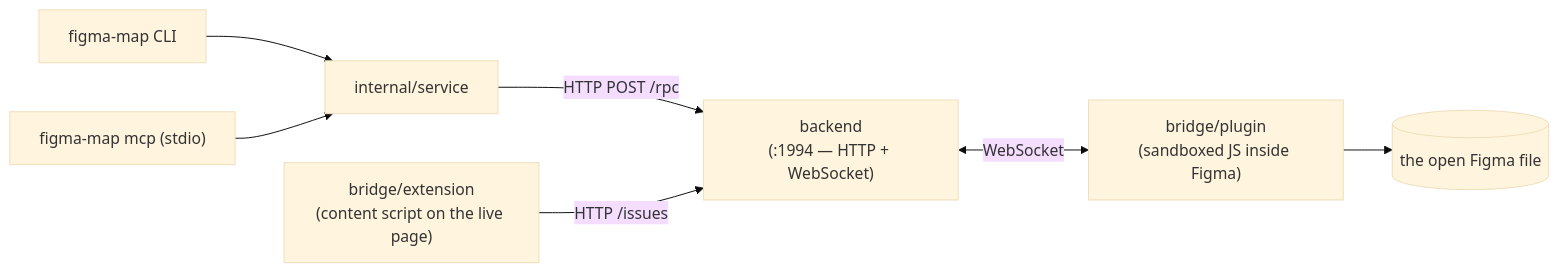
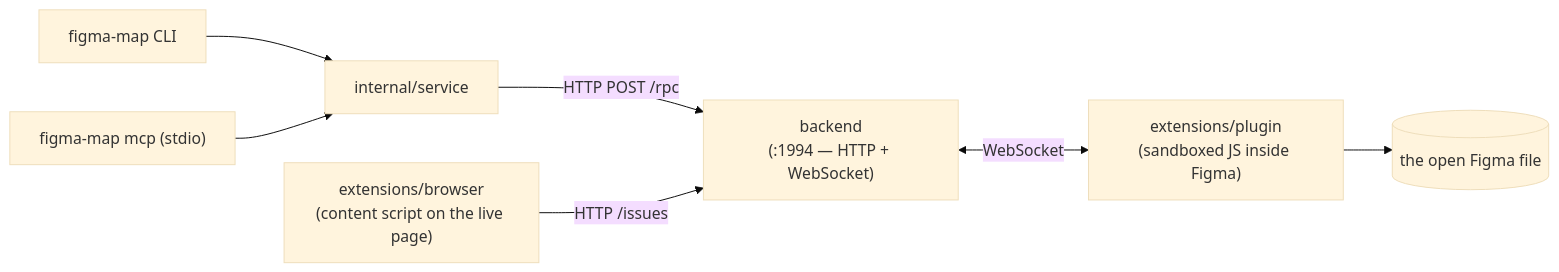
Before and after one commit to KirillBaranov/figma-map: the first of 3 diagrams in README.md, drawn with Mermaid (base theme). The commit also changed other lines of this file and 3 other files, not shown here.

First line of the commit message:
chore: update bridge/ path references to extensions/

````diff
--- a/README.md
+++ b/README.md
@@ -298,9 +298,9 @@
 ```mermaid
 flowchart LR
     CLI["figma-map CLI"] --> SVC
     MCP["figma-map mcp (stdio)"] --> SVC
     SVC["internal/service"] -->|HTTP POST /rpc| Backend
     Backend["backend\n(:1994 — HTTP + WebSocket)"] <-->|WebSocket| Plugin
-    Plugin["bridge/plugin\n(sandboxed JS inside Figma)"] --> Doc[("the open Figma file")]
-    Ext["bridge/extension\n(content script on the live page)"] -->|HTTP /issues| Backend
+    Plugin["extensions/plugin\n(sandboxed JS inside Figma)"] --> Doc[("the open Figma file")]
+    Ext["extensions/browser\n(content script on the live page)"] -->|HTTP /issues| Backend
 ```
````
